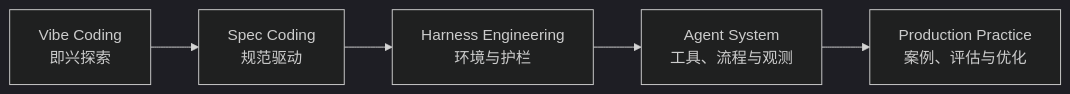
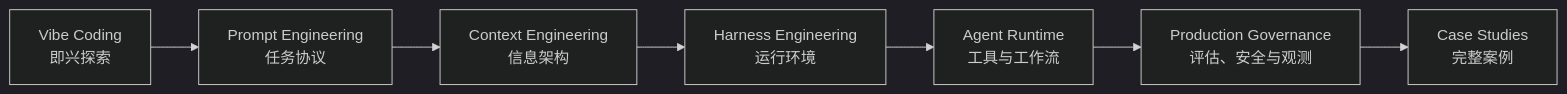
The diagram in ai-book/src/README.md (wxquare/wxquare.github.io), drawn with Mermaid (dark theme) before and after one commit. The commit also changed other lines of this file and 97 other files, not shown here.

````diff
--- a/ai-book/src/README.md
+++ b/ai-book/src/README.md
@@ -13,7 +13,9 @@
 ```mermaid
 flowchart LR
-    A[Vibe Coding<br/>即兴探索] --> B[Spec Coding<br/>规范驱动]
-    B --> C[Harness Engineering<br/>环境与护栏]
-    C --> D[Agent System<br/>工具、流程与观测]
-    D --> E[Production Practice<br/>案例、评估与优化]
+    A[Vibe Coding<br/>即兴探索] --> B[Prompt Engineering<br/>任务协议]
+    B --> C[Context Engineering<br/>信息架构]
+    C --> D[Harness Engineering<br/>运行环境]
+    D --> E[Agent Runtime<br/>工具与工作流]
+    E --> F[Production Governance<br/>评估、安全与观测]
+    F --> G[Case Studies<br/>完整案例]
 ```
````
